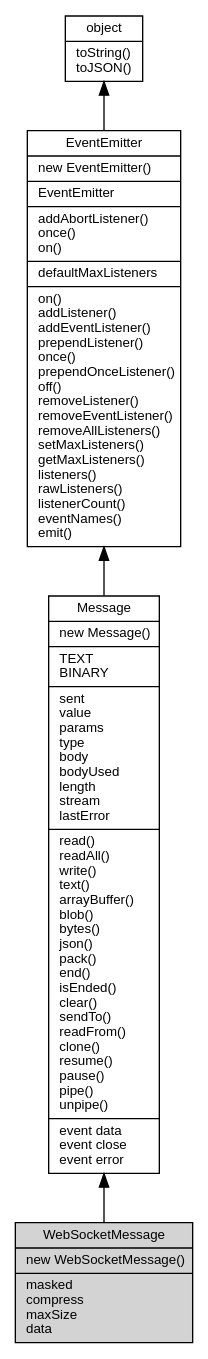
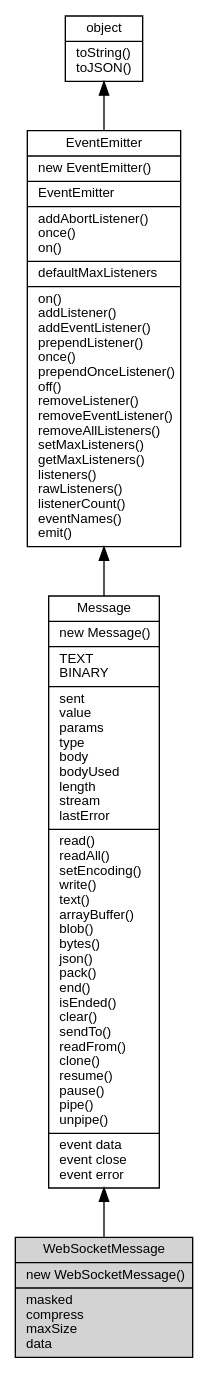
One commit to fibjs/fibjs.org changed the diagram in docs/manual/object/ifs/WebSocketMessage.md. Above: the diagram before and after it, drawn with Graphviz. The commit also changed other lines of this file and 241 other files, not shown here.

````diff
--- a/docs/manual/object/ifs/WebSocketMessage.md
+++ b/docs/manual/object/ifs/WebSocketMessage.md
@@ -39,14 +89,14 @@
 ```dot
 digraph {
     node [fontname="Helvetica,sans-Serif", fontsize=10, shape="record", style="filled", fillcolor="white"];
 
     object [tooltip="object", URL="object.md", label="{object|toString()\ltoJSON()\l}"];
     EventEmitter [tooltip="EventEmitter", URL="EventEmitter.md", label="{EventEmitter|new EventEmitter()\l|EventEmitter\l|addAbortListener()\lonce()\lon()\l|defaultMaxListeners\l|on()\laddListener()\laddEventListener()\lprependListener()\lonce()\lprependOnceListener()\loff()\lremoveListener()\lremoveEventListener()\lremoveAllListeners()\lsetMaxListeners()\lgetMaxListeners()\llisteners()\lrawListeners()\llistenerCount()\leventNames()\lemit()\l}"];
-    Message [tooltip="Message", URL="Message.md", label="{Message|new Message()\l|TEXT\lBINARY\l|sent\lvalue\lparams\ltype\lbody\lbodyUsed\llength\lstream\llastError\l|read()\lreadAll()\lwrite()\ltext()\larrayBuffer()\lblob()\lbytes()\ljson()\lpack()\lend()\lisEnded()\lclear()\lsendTo()\lreadFrom()\lclone()\lresume()\lpause()\lpipe()\lunpipe()\l|event data\levent close\levent error\l}"];
+    Message [tooltip="Message", URL="Message.md", label="{Message|new Message()\l|TEXT\lBINARY\l|sent\lvalue\lparams\ltype\lbody\lbodyUsed\llength\lstream\llastError\l|read()\lreadAll()\lsetEncoding()\lwrite()\ltext()\larrayBuffer()\lblob()\lbytes()\ljson()\lpack()\lend()\lisEnded()\lclear()\lsendTo()\lreadFrom()\lclone()\lresume()\lpause()\lpipe()\lunpipe()\l|event data\levent close\levent error\l}"];
     WebSocketMessage [tooltip="WebSocketMessage", fillcolor="lightgray", id="me", label="{WebSocketMessage|new WebSocketMessage()\l|masked\lcompress\lmaxSize\ldata\l}"];
 
     object -> EventEmitter [dir=back];
     EventEmitter -> Message [dir=back];
     Message -> WebSocketMessage [dir=back];
 }
 ```
````
